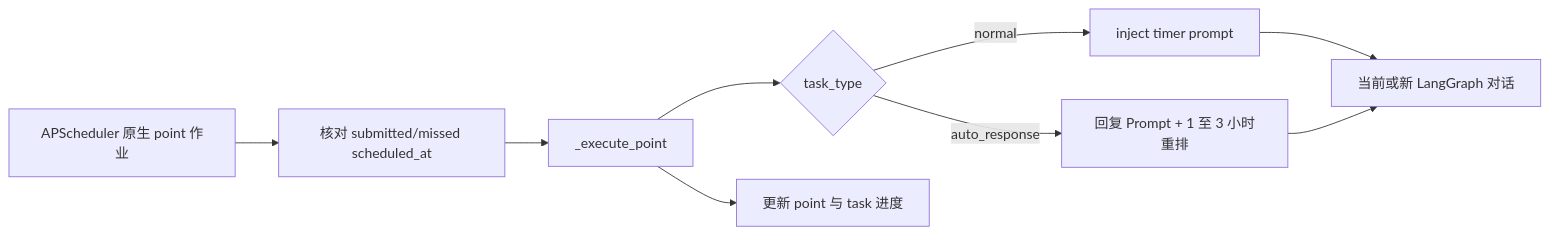
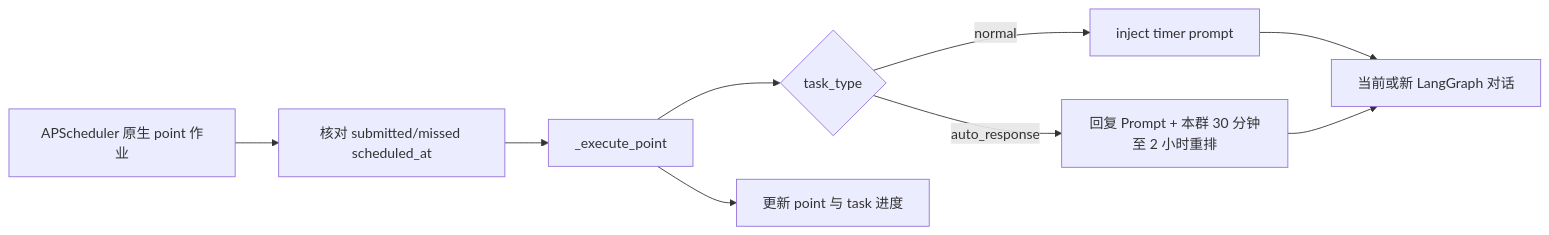
Before and after one commit to ATreep/hatsume-qq-bot: the eighth of 10 diagrams in docs/arch.md, drawn with Mermaid. The commit also changed other lines of this file and 78 other files, not shown here.

```diff
--- a/docs/arch.md
+++ b/docs/arch.md
@@ -398,11 +405,11 @@
 ~~~mermaid
 flowchart LR
     Job[APScheduler 原生 point 作业] --> Reconcile[核对 submitted/missed scheduled_at]
     Reconcile --> Execute[_execute_point]
     Execute --> Kind{task_type}
     Kind -- normal --> Inject[inject timer prompt]
-    Kind -- auto_response --> Response[回复 Prompt + 1 至 3 小时重排]
+    Kind -- auto_response --> Response[回复 Prompt + 本群 30 分钟至 2 小时重排]
     Inject --> Graph[当前或新 LangGraph 对话]
     Response --> Graph
     Execute --> Progress[更新 point 与 task 进度]
 ~~~
```
